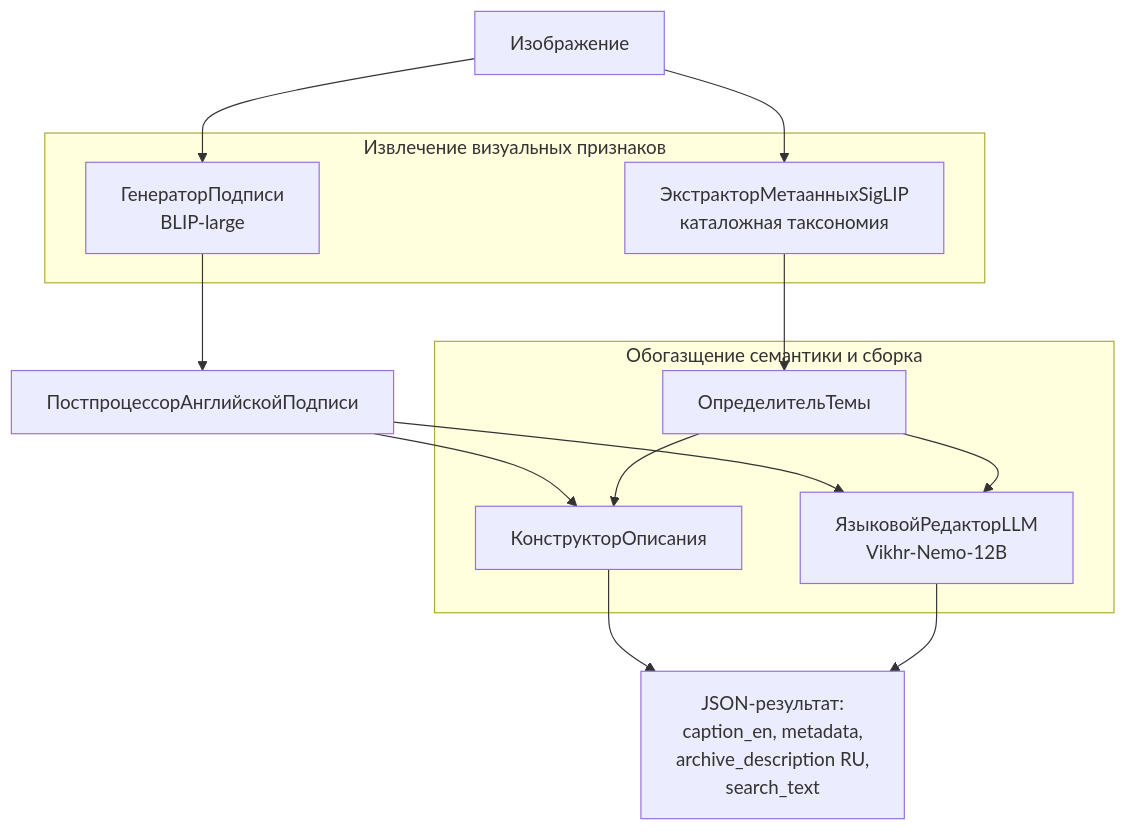
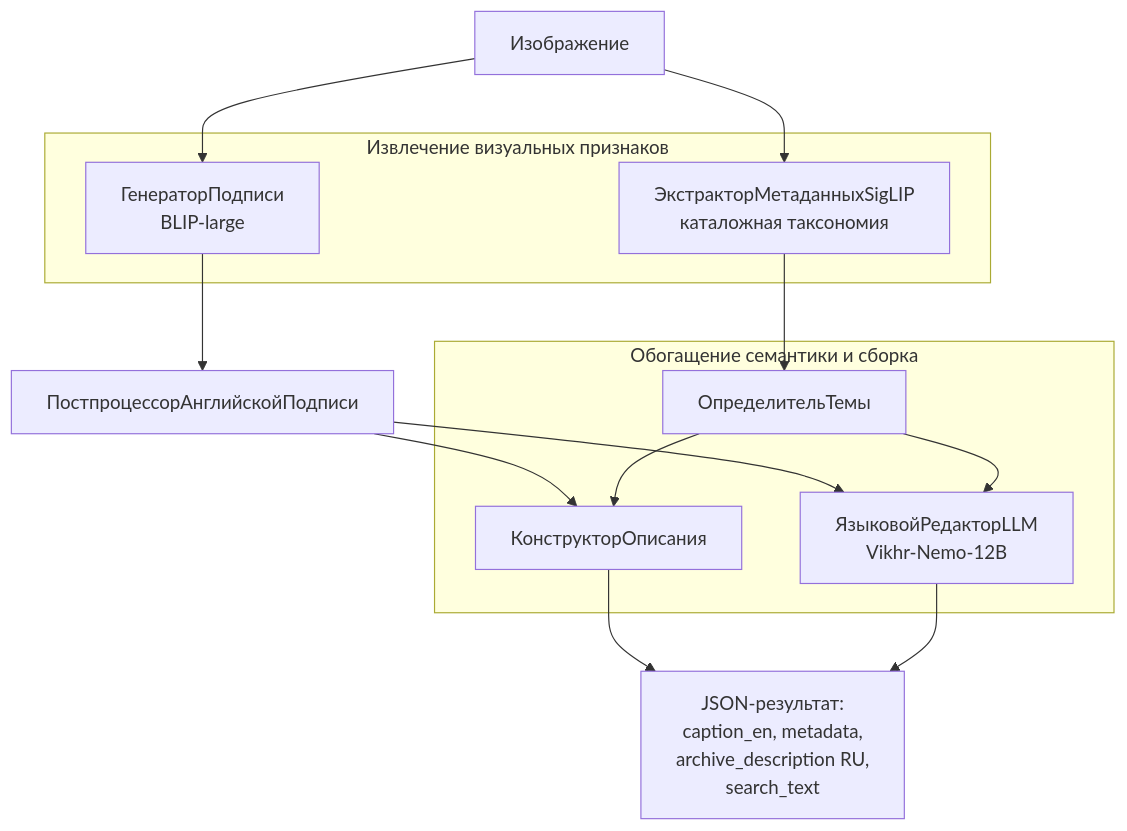
Before and after one commit to azat-khatyn/tsu-image-description: the diagram in README.md, drawn with Mermaid. The commit also changed other lines of this file, not shown here.

````diff
--- a/README.md
+++ b/README.md
@@ -29,28 +31,28 @@
 ```mermaid
 flowchart TD
     IMG[Изображение]
 
     subgraph CV [Извлечение визуальных признаков]
         BLIP[ГенераторПодписи<br/>BLIP-large]
-        SigLIP[ЭкстракторМетаанныхSigLIP<br/>каталожная таксономия]
+        SigLIP[ЭкстракторМетаданныхSigLIP<br/>каталожная таксономия]
     end
 
     ENPP[ПостпроцессорАнглийскойПодписи]
 
-    subgraph SEM [Обогазщение семантики и сборка]
+    subgraph SEM [Обогащение семантики и сборка]
         THEME[ОпределительТемы]
         BUILD[КонструкторОписания<br/>]
         LLM[ЯзыковойРедакторLLM<br/>Vikhr-Nemo-12B]
     end
 
     OUT[JSON-результат:<br/>caption_en, metadata,<br/>archive_description RU,<br/>search_text]
 
     IMG --> BLIP --> ENPP
     IMG --> SigLIP --> THEME
     ENPP --> BUILD
     THEME --> BUILD
     ENPP --> LLM
     THEME --> LLM
     BUILD --> OUT
     LLM --> OUT
 ```
````
